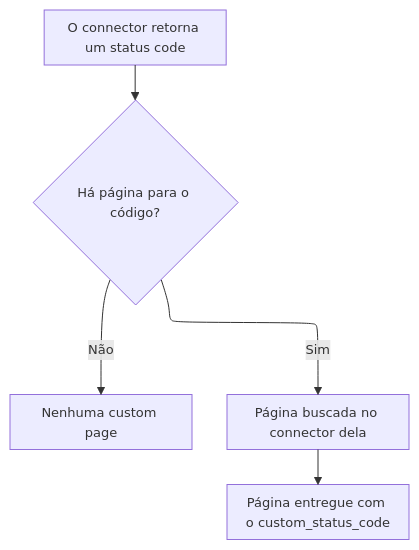
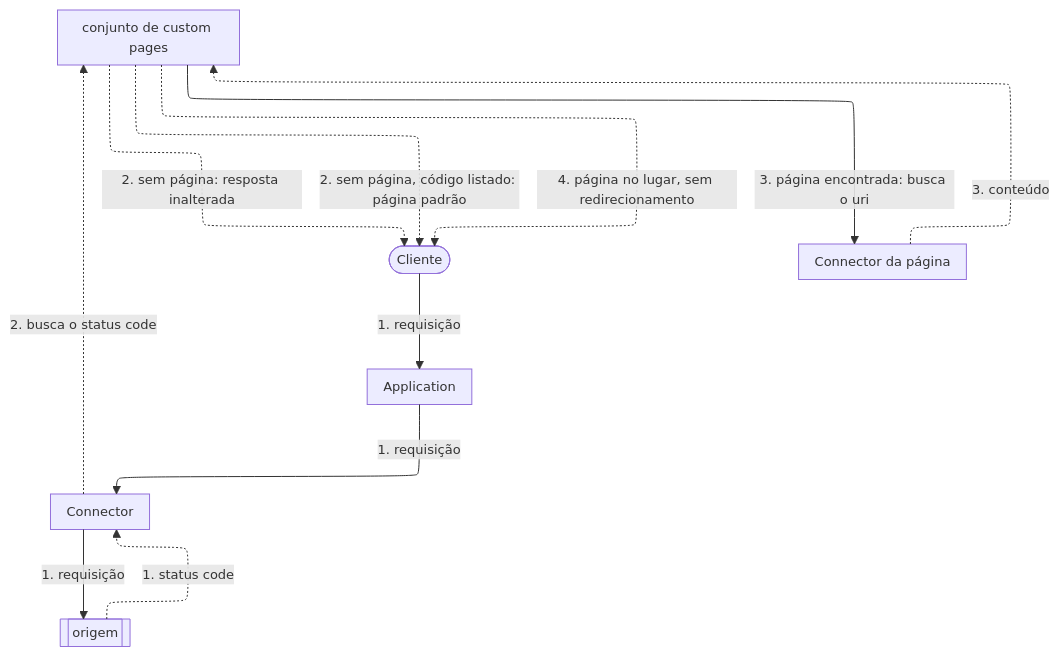
Before and after one commit to aziontech/docs: the fourth of 5 diagrams in apps/docs/src/content/docs/pt-br/pages/secure/workloads/como-funciona.mdx, drawn with Mermaid. The commit also changed other lines of this file and 76 other files, not shown here.

````diff
--- a/apps/docs/src/content/docs/pt-br/pages/secure/workloads/como-funciona.mdx
+++ b/apps/docs/src/content/docs/pt-br/pages/secure/workloads/como-funciona.mdx
@@ -167,8 +252,20 @@
 ```mermaid
-%%{init: {"layout": "elk", "themeVariables": {"fontSize": "13px"}, "flowchart": {"nodeSpacing": 24, "rankSpacing": 36, "padding": 8, "wrappingWidth": 150, "useMaxWidth": true}, "sequence": {"width": 120, "actorMargin": 30, "useMaxWidth": true}}}%%
+%%{init: {"layout": "elk", "elk": {"preset": "modelOrder", "keepEntryNodeOnTop": true}, "themeVariables": {"fontSize": "13px"}, "flowchart": {"nodeSpacing": 24, "rankSpacing": 36, "padding": 8, "wrappingWidth": 150, "useMaxWidth": true}, "sequence": {"width": 120, "actorMargin": 30, "useMaxWidth": true}}}%%
 flowchart TD
-  Status["O connector retorna um status code"] --> Match{"Há página para o código?"}
-  Match -->|"Não"| Orig["Nenhuma custom page"]
-  Match -->|"Sim"| Fetch["Página buscada no connector dela"]
-  Fetch --> Resp["Página entregue com o custom_status_code"]
+  Client(["Cliente"])
+  App["Application"]
+  Conn["Connector"]
+  Origin[["origem"]]
+  Set["conjunto de custom pages"]
+  PConn["Connector da página"]
+  Client -->|"1. requisição"| App
+  App -->|"1. requisição"| Conn
+  Conn -->|"1. requisição"| Origin
+  Origin -.->|"1. status code"| Conn
+  Conn -.->|"2. busca o status code"| Set
+  Set -.->|"2. sem página: resposta inalterada"| Client
+  Set -.->|"2. sem página, código listado: página padrão"| Client
+  Set -->|"3. página encontrada: busca o uri"| PConn
+  PConn -.->|"3. conteúdo"| Set
+  Set -.->|"4. página no lugar, sem redirecionamento"| Client
 ```
````
